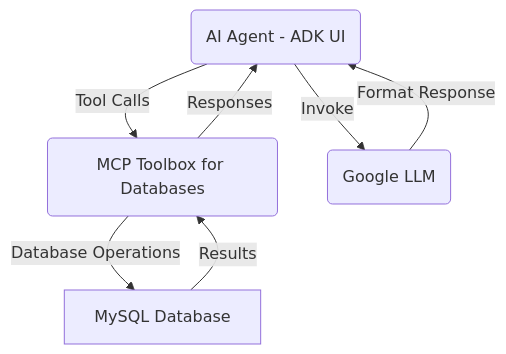
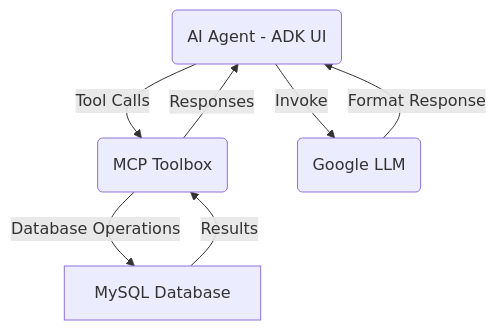
One commit to sarankumar2002/ai-agent-with-mcp changed the diagram in README.md. Above: the diagram before and after it, drawn with Mermaid.

````diff
--- a/README.md
+++ b/README.md
@@ -7,10 +7,10 @@
 ```mermaid
 graph TD;
-    A(AI Agent - ADK UI) -->|Tool Calls| B(MCP Toolbox for Databases)
+    A(AI Agent - ADK UI) -->|Tool Calls| B(MCP Toolbox)
     A --> |Invoke| X(Google LLM)
     B -->|Database Operations| C[MySQL Database]
     C -->|Results| B
     B -->|Responses| A
     X --> |Format Response| A
 
 ```
````
